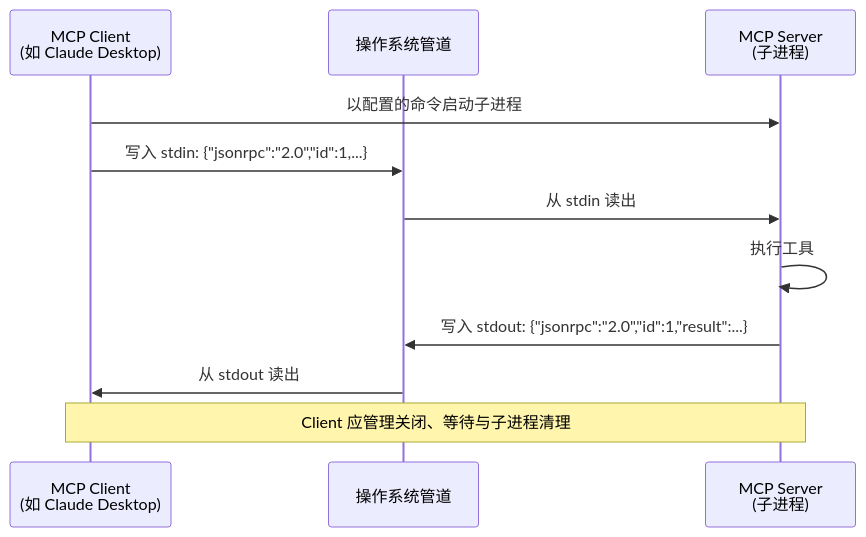
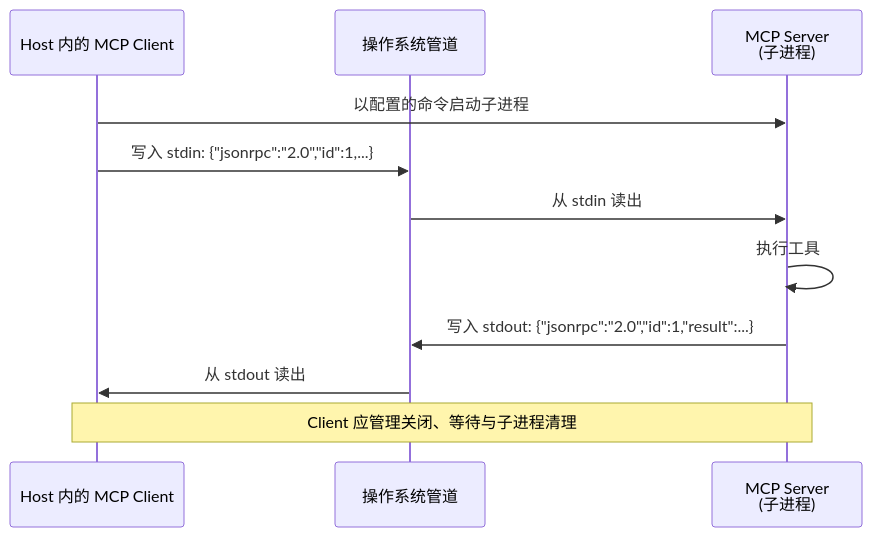
One commit to oneleaveknowsthefall/awesome-ai-roadmap changed the second of 4 diagrams in docs/tools/02-mcp/12-mcp-transport.md. Above: the diagram before and after it, drawn with Mermaid. The commit also changed other lines of this file and 16 other files, not shown here.

````diff
--- a/docs/tools/02-mcp/12-mcp-transport.md
+++ b/docs/tools/02-mcp/12-mcp-transport.md
@@ -87,14 +87,14 @@
 ```mermaid
 sequenceDiagram
-    participant C as MCP Client<br/>(如 Claude Desktop)
+    participant C as Host 内的 MCP Client
     participant OS as 操作系统管道
     participant S as MCP Server<br/>(子进程)
 
     C->>S: 以配置的命令启动子进程
     C->>OS: 写入 stdin: {"jsonrpc":"2.0","id":1,...}
     OS->>S: 从 stdin 读出
     S->>S: 执行工具
     S->>OS: 写入 stdout: {"jsonrpc":"2.0","id":1,"result":...}
     OS->>C: 从 stdout 读出
     Note over C,S: Client 应管理关闭、等待与子进程清理
 ```
````
